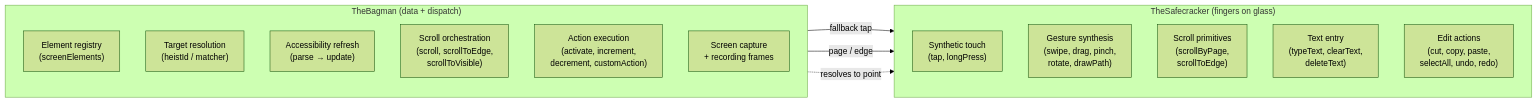
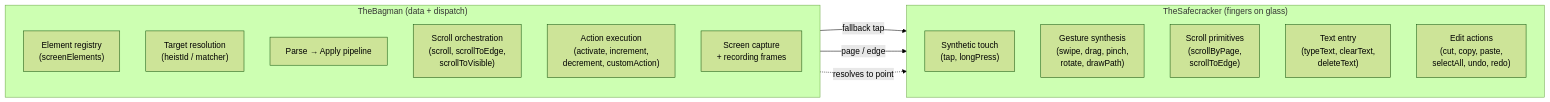
One commit to RoyalPineapple/TheButtonHeist changed the first of 7 diagrams in docs/dossiers/13-THEBAGMAN.md. Above: the diagram before and after it, drawn with Mermaid (forest theme). The commit also changed other lines of this file and 18 other files, not shown here.

First line of the commit message:
Fix full scan cache bug + redesign TheBagman architecture (#197)

````diff
--- a/docs/dossiers/13-THEBAGMAN.md
+++ b/docs/dossiers/13-THEBAGMAN.md
@@ -36,25 +37,25 @@
 ```mermaid
 flowchart LR
     subgraph TheBagman ["TheBagman (data + dispatch)"]
         direction TB
         B1["Element registry<br/>(screenElements)"]
         B2["Target resolution<br/>(heistId / matcher)"]
-        B3["Accessibility refresh<br/>(parse → update)"]
+        B3["Parse → Apply pipeline"]
         B4["Scroll orchestration<br/>(scroll, scrollToEdge,<br/>scrollToVisible)"]
         B5["Action execution<br/>(activate, increment,<br/>decrement, customAction)"]
         B6["Screen capture<br/>+ recording frames"]
     end
 
     subgraph TheSafecracker ["TheSafecracker (fingers on glass)"]
         direction TB
         S1["Synthetic touch<br/>(tap, longPress)"]
         S2["Gesture synthesis<br/>(swipe, drag, pinch,<br/>rotate, drawPath)"]
         S3["Scroll primitives<br/>(scrollByPage,<br/>scrollToEdge)"]
         S4["Text entry<br/>(typeText, clearText,<br/>deleteText)"]
         S5["Edit actions<br/>(cut, copy, paste,<br/>selectAll, undo, redo)"]
     end
 
     B5 -->|"fallback tap"| S1
     B4 -->|"page / edge"| S3
     B1 -.->|"resolves to point"| S2
 ```
````
